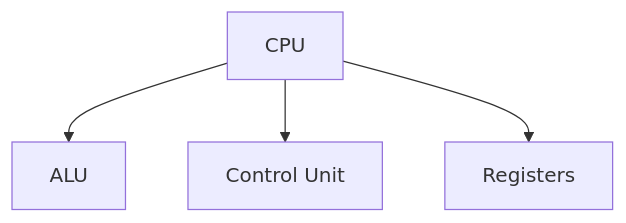
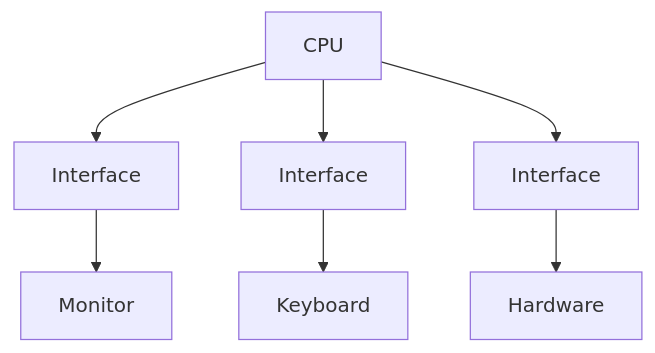
Before and after one commit to pingforhelp/BCA: the second of 12 diagrams in docs/computer-sci/computer-fundamentals/CO&NWunit-2.md, drawn with Mermaid. The commit also changed other lines of this file, not shown here.

````diff
--- a/docs/computer-sci/computer-fundamentals/CO&NWunit-2.md
+++ b/docs/computer-sci/computer-fundamentals/CO&NWunit-2.md
@@ -53,11 +123,22 @@
-```mermaid
-flowchart TD
-  CPU[CPU]
-  ALU[ALU]
-  CU[Control Unit]
-  REG[Registers]
-  
-  CPU --> ALU
-  CPU --> CU
-  CPU --> REG
+``` mermaid
+flowchart TB
+
+    %% Top bus connection (CPU side)
+    CPU[CPU]
+
+    %% Three vertical connections from CPU to interfaces
+    CPU --> IF1
+    CPU --> IF2
+    CPU --> IF3
+
+    %% Interface blocks
+    IF1[Interface]
+    IF2[Interface]
+    IF3[Interface]
+
+    %% Devices below interfaces
+    IF1 --> Monitor[Monitor]
+    IF2 --> Keyboard[Keyboard]
+    IF3 --> Hardware[Hardware]
+
 ```
````
